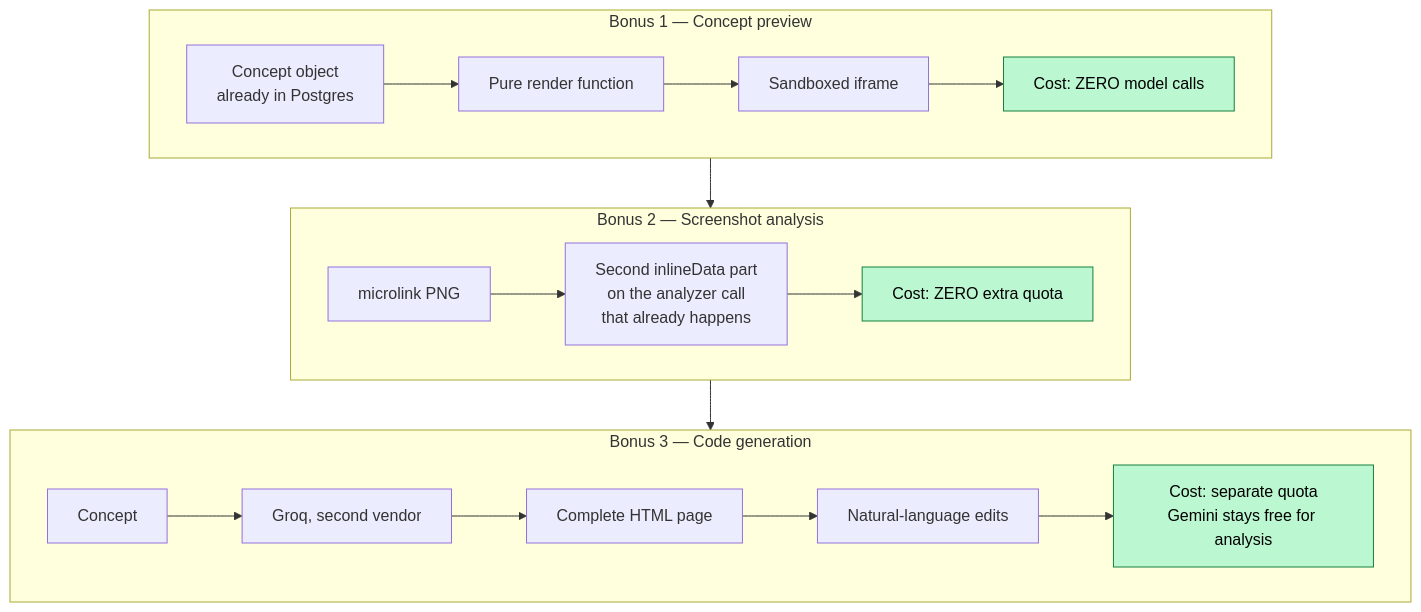
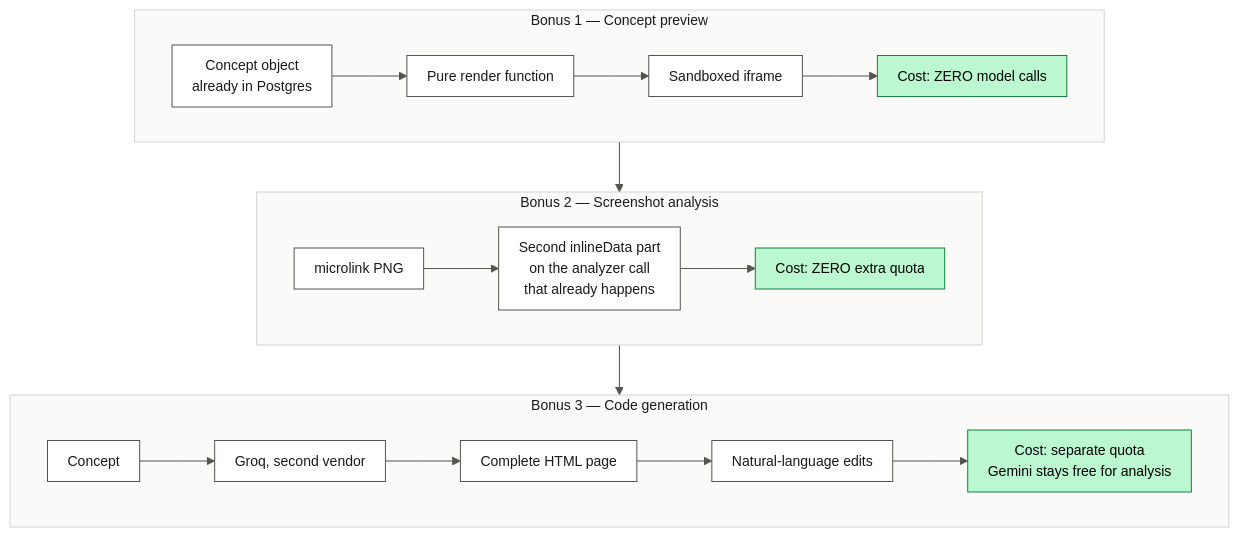
The third of 5 diagrams in docs/01-ai-development-process.md (Rounak7721/ReForge), drawn with Mermaid before and after one commit. The commit also changed other lines of this file and 5 other files, not shown here.

First line of the commit message:
docs: pin every diagram's theme, and give the line types one meaning

````diff
--- a/docs/01-ai-development-process.md
+++ b/docs/01-ai-development-process.md
@@ -197,23 +201,24 @@
 ```mermaid
+%%{init: {'theme':'base','themeVariables':{'fontFamily':'ui-sans-serif, system-ui, -apple-system, sans-serif','fontSize':'14px','textColor':'#1c1917','primaryTextColor':'#1c1917','secondaryTextColor':'#1c1917','tertiaryTextColor':'#1c1917','nodeTextColor':'#1c1917','titleColor':'#1c1917','lineColor':'#57534e','mainBkg':'#ffffff','nodeBorder':'#57534e','background':'#ffffff','clusterBkg':'#fafaf9','clusterBorder':'#d6d3d1','edgeLabelBackground':'#f5f5f4','primaryColor':'#ffffff','primaryBorderColor':'#57534e','secondaryColor':'#fafaf9','tertiaryColor':'#f5f5f4','actorBkg':'#fff7ed','actorBorder':'#c2410c','actorTextColor':'#1c1917','signalColor':'#57534e','signalTextColor':'#1c1917','labelBoxBkgColor':'#fafaf9','labelBoxBorderColor':'#d6d3d1','labelTextColor':'#1c1917','noteBkgColor':'#fffbeb','noteBorderColor':'#b45309','noteTextColor':'#78350f','sequenceNumberColor':'#ffffff','attributeBackgroundColorOdd':'#ffffff','attributeBackgroundColorEven':'#fafaf9'},'flowchart':{'curve':'linear','padding':10}}}%%
 flowchart TD
     subgraph B1["Bonus 1 — Concept preview"]
         P1["Concept object<br/>already in Postgres"] --> P2["Pure render function"]
         P2 --> P3["Sandboxed iframe"]
         P3 --> P4["Cost: ZERO model calls"]
     end
     subgraph B2["Bonus 2 — Screenshot analysis"]
         S1["microlink PNG"] --> S2["Second inlineData part<br/>on the analyzer call<br/>that already happens"]
         S2 --> S3["Cost: ZERO extra quota"]
     end
     subgraph B3["Bonus 3 — Code generation"]
         C1["Concept"] --> C2["Groq, second vendor"]
         C2 --> C3["Complete HTML page"]
         C3 --> C4["Natural-language edits"]
         C4 --> C5["Cost: separate quota<br/>Gemini stays free for analysis"]
     end
     B1 --> B2 --> B3
 
     style P4 fill:#bbf7d0,stroke:#15803d,color:#000
     style S3 fill:#bbf7d0,stroke:#15803d,color:#000
     style C5 fill:#bbf7d0,stroke:#15803d,color:#000
 ```
````
